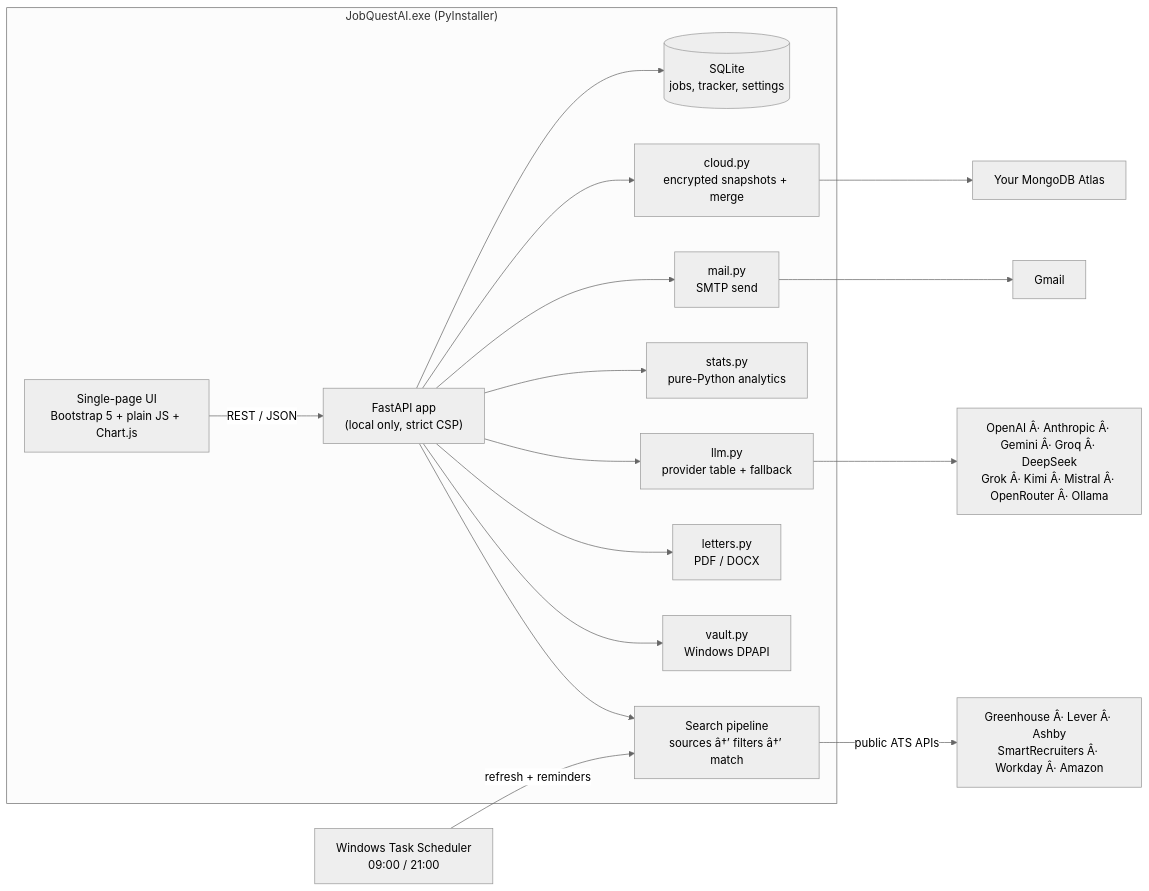
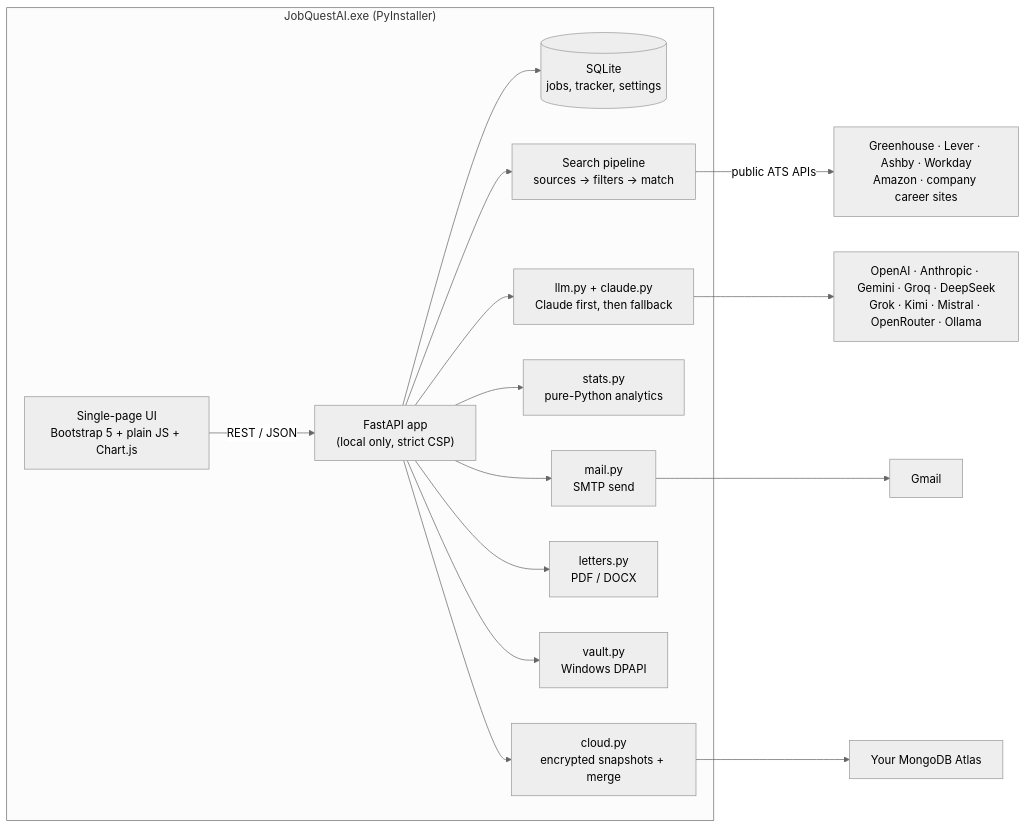
One commit to striderzz/JobQuest.AI changed the first of 2 diagrams in README.md. Above: the diagram before and after it, drawn with Mermaid (neutral theme). The commit also changed other lines of this file and 47 other files, not shown here.

First line of the commit message:
Claude-first AI, deeper India-first search, contact queue, click-only searches

````diff
--- a/README.md
+++ b/README.md
@@ -151,19 +165,18 @@
 ```mermaid
 flowchart LR
   subgraph Desktop["JobQuestAI.exe (PyInstaller)"]
     UI["Single-page UI<br/>Bootstrap 5 + plain JS + Chart.js"] -->|REST / JSON| API["FastAPI app<br/>(local only, strict CSP)"]
     API --> DB[("SQLite<br/>jobs, tracker, settings")]
-    API --> PIPE["Search pipeline<br/>sources â†’ filters â†’ match"]
-    API --> LLM["llm.py<br/>provider table + fallback"]
+    API --> PIPE["Search pipeline<br/>sources → filters → match"]
+    API --> LLM["llm.py + claude.py<br/>Claude first, then fallback"]
     API --> STATS["stats.py<br/>pure-Python analytics"]
     API --> MAIL["mail.py<br/>SMTP send"]
     API --> LET["letters.py<br/>PDF / DOCX"]
     API --> VAULT["vault.py<br/>Windows DPAPI"]
     API --> CLOUD["cloud.py<br/>encrypted snapshots + merge"]
   end
   CLOUD --> ATLAS["Your MongoDB Atlas"]
-  PIPE -->|public ATS APIs| BOARDS["Greenhouse Â· Lever Â· Ashby<br/>SmartRecruiters Â· Workday Â· Amazon"]
-  LLM --> PROVIDERS["OpenAI Â· Anthropic Â· Gemini Â· Groq Â· DeepSeek<br/>Grok Â· Kimi Â· Mistral Â· OpenRouter Â· Ollama"]
+  PIPE -->|public ATS APIs| BOARDS["Greenhouse · Lever · Ashby · Workday<br/>Amazon · company career sites"]
+  LLM --> PROVIDERS["OpenAI · Anthropic · Gemini · Groq · DeepSeek<br/>Grok · Kimi · Mistral · OpenRouter · Ollama"]
   MAIL --> GMAIL["Gmail"]
-  SCHED["Windows Task Scheduler<br/>09:00 / 21:00"] -->|refresh + reminders| PIPE
 ```
````
